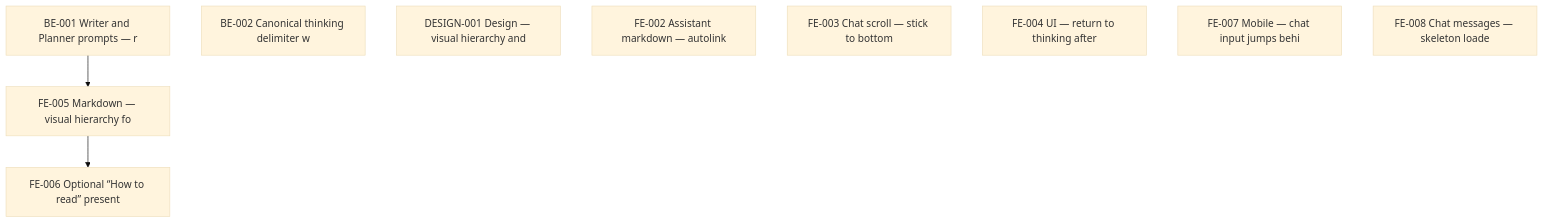
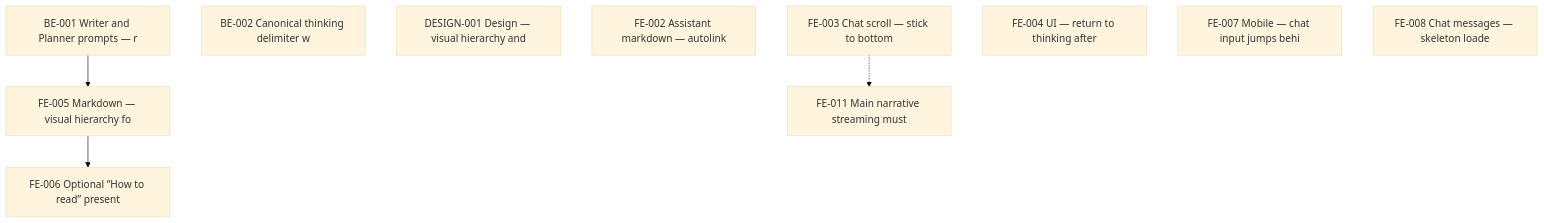
One commit to admariner/data-ai-chatbot changed the diagram in TODO/README.md. Above: the diagram before and after it, drawn with Mermaid (base theme). The commit also changed other lines of this file and 1 other file, not shown here.

Commit message:
Add task to fix main scroll to bottom

````diff
--- a/TODO/README.md
+++ b/TODO/README.md
@@ -35,15 +36,17 @@
 ```mermaid
 flowchart TB
   BE001["BE-001 Writer and Planner prompts — r"]
   BE002["BE-002 Canonical thinking delimiter w"]
   DESIGN001["DESIGN-001 Design — visual hierarchy and "]
   FE002["FE-002 Assistant markdown — autolink "]
   FE003["FE-003 Chat scroll — stick to bottom "]
   FE004["FE-004 UI — return to thinking after "]
   FE005["FE-005 Markdown — visual hierarchy fo"]
   FE006["FE-006 Optional “How to read” present"]
   FE007["FE-007 Mobile — chat input jumps behi"]
   FE008["FE-008 Chat messages — skeleton loade"]
+  FE011["FE-011 Main narrative streaming must "]
   BE001 --> FE005
   FE005 --> FE006
+  FE003 -.-> FE011
 ```
````
